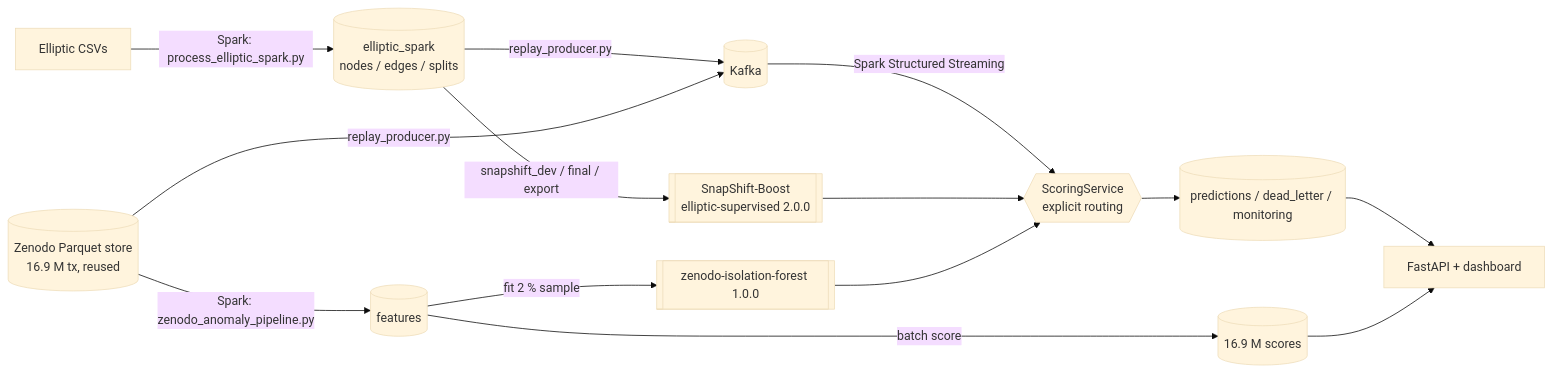
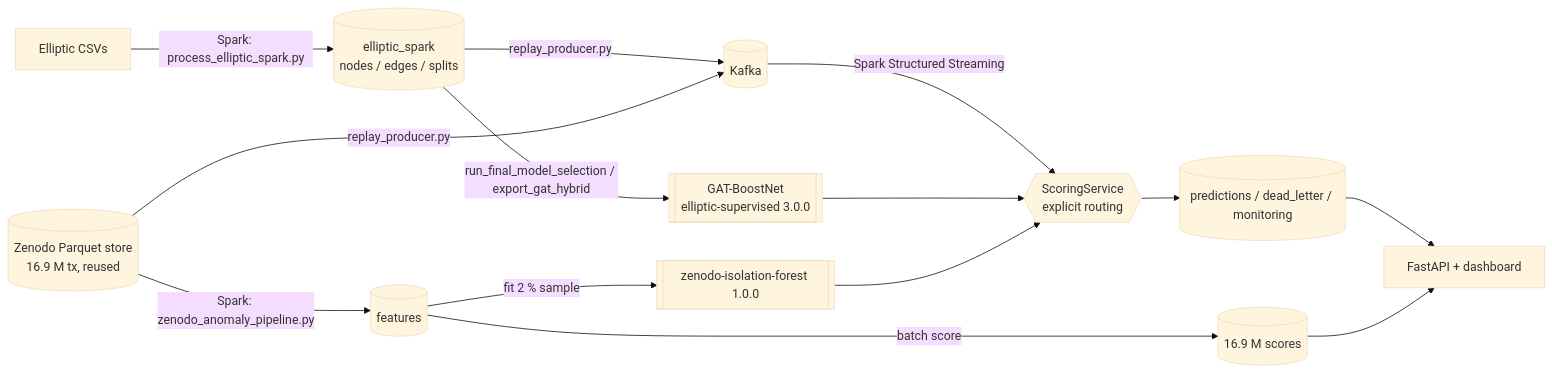
The diagram in README.md (Rayaanarora/blockchain-streaming-anomaly-detection), drawn with Mermaid (base theme) before and after one commit. The commit also changed other lines of this file and 15 other files, not shown here.

First line of the commit message:
README: Results & Reproducibility section; add GAT-BoostNet 3.0.0 export and docs

````diff
--- a/README.md
+++ b/README.md
@@ -27,16 +27,16 @@
 ```mermaid
 flowchart LR
   EC[Elliptic CSVs] -->|Spark: process_elliptic_spark.py| ES[(elliptic_spark<br/>nodes / edges / splits)]
   ZP[(Zenodo Parquet store<br/>16.9 M tx, reused)] -->|Spark: zenodo_anomaly_pipeline.py| ZF[(features)]
-  ES -->|snapshift_dev / final / export| EM[[SnapShift-Boost<br/>elliptic-supervised 2.0.0]]
+  ES -->|run_final_model_selection / export_gat_hybrid| EM[[GAT-BoostNet<br/>elliptic-supervised 3.0.0]]
   ZF -->|fit 2 % sample| ZM[[zenodo-isolation-forest 1.0.0]]
   ZF -->|batch score| ZS[(16.9 M scores)]
   ES -->|replay_producer.py| K[(Kafka)]
   ZP -->|replay_producer.py| K
   K -->|Spark Structured Streaming| SC{{ScoringService<br/>explicit routing}}
   EM --> SC
   ZM --> SC
   SC --> P[(predictions / dead_letter / monitoring)]
   P --> D[FastAPI + dashboard]
   ZS --> D
 ```
````
